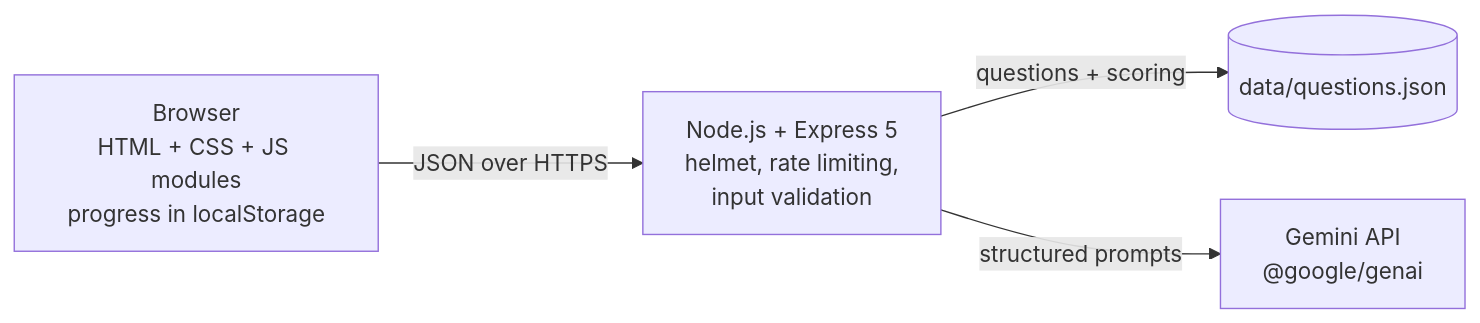
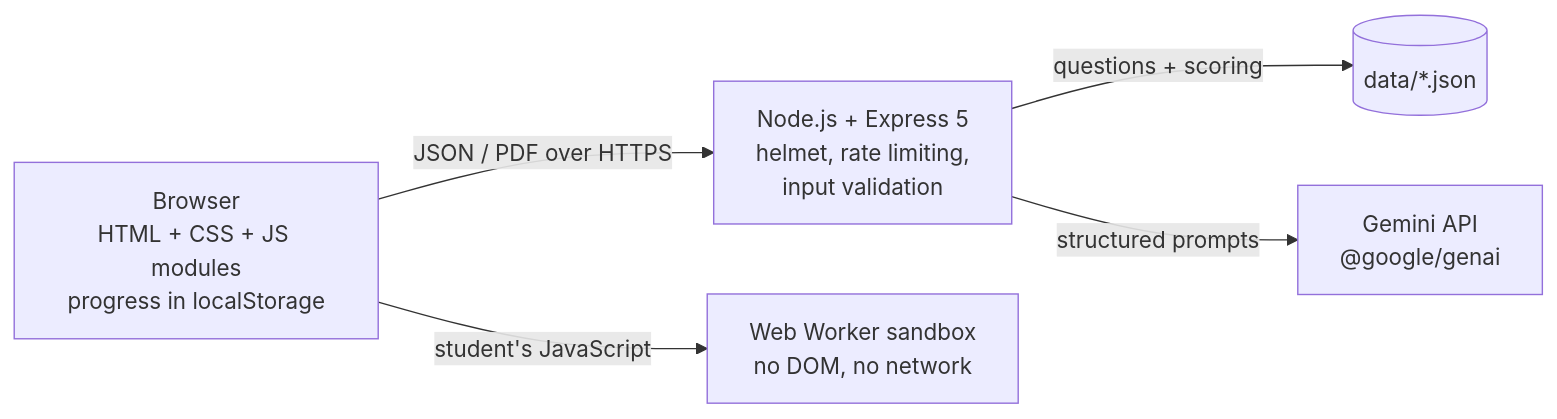
Before and after one commit to bharathykannan6/GDG_Placement-navigator: the second of 2 diagrams in README.md, drawn with Mermaid. The commit also changed other lines of this file and 1 other file, not shown here.

````diff
--- a/README.md
+++ b/README.md
@@ -49,6 +77,7 @@
 ```mermaid
 flowchart LR
-  Browser["Browser<br/>HTML + CSS + JS modules<br/>progress in localStorage"] -->|JSON over HTTPS| Server["Node.js + Express 5<br/>helmet, rate limiting,<br/>input validation"]
-  Server -->|questions + scoring| Bank[("data/questions.json")]
+  Browser["Browser<br/>HTML + CSS + JS modules<br/>progress in localStorage"] -->|JSON / PDF over HTTPS| Server["Node.js + Express 5<br/>helmet, rate limiting,<br/>input validation"]
+  Browser -->|student's JavaScript| Worker["Web Worker sandbox<br/>no DOM, no network"]
+  Server -->|questions + scoring| Bank[("data/*.json")]
   Server -->|structured prompts| Gemini["Gemini API<br/>@google/genai"]
 ```
````
